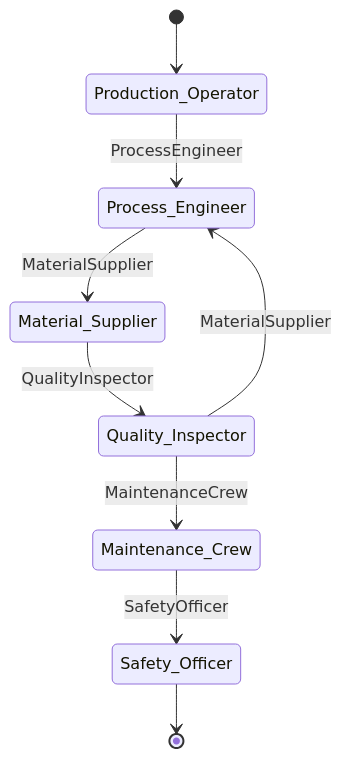
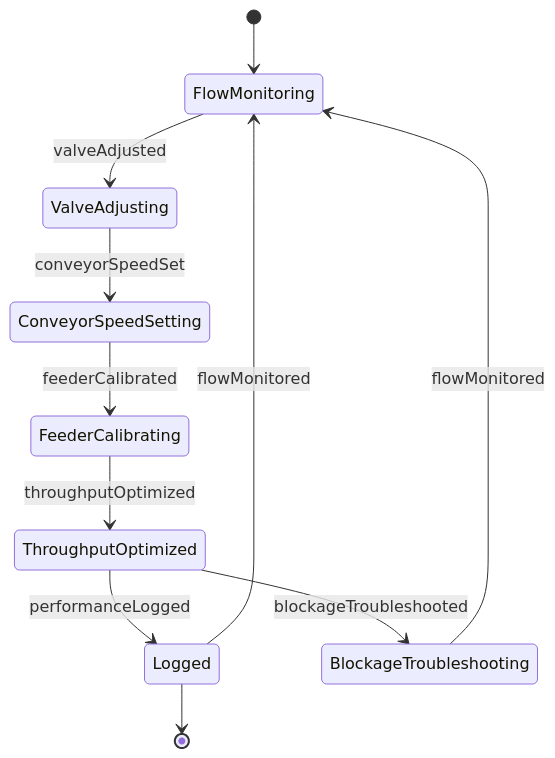
One commit to dot-org-ai/tasks.org.ai changed the second of 4 diagrams in HandlingAndMovingObjects/AdjustEquipmentToEnsureAdequatePerformance/AdjustEquipmentControlsRegulateFlow.mdx. Above: the diagram before and after it, drawn with Mermaid. The commit also changed other lines of this file and 40 other files, not shown here.

First line of the commit message:
fix: Replace Actor-based ER and State diagrams with Entity/Event-based diagrams in 41 HandlingAndMovingObjects DWA files

````diff
--- a/HandlingAndMovingObjects/AdjustEquipmentToEnsureAdequatePerformance/AdjustEquipmentControlsRegulateFlow.mdx
+++ b/HandlingAndMovingObjects/AdjustEquipmentToEnsureAdequatePerformance/AdjustEquipmentControlsRegulateFlow.mdx
@@ -103,11 +101,13 @@
 ```mermaid
 stateDiagram-v2
-    [*] --> Production_Operator
-    Production_Operator --> Process_Engineer: ProcessEngineer
-    Process_Engineer --> Material_Supplier: MaterialSupplier
-    Material_Supplier --> Quality_Inspector: QualityInspector
-    Quality_Inspector --> Maintenance_Crew: MaintenanceCrew
-    Maintenance_Crew --> Safety_Officer: SafetyOfficer
-    Quality_Inspector --> Process_Engineer: MaterialSupplier
-    Safety_Officer --> [*]
+    [*] --> FlowMonitoring
+    FlowMonitoring --> ValveAdjusting : valveAdjusted
+    ValveAdjusting --> ConveyorSpeedSetting : conveyorSpeedSet
+    ConveyorSpeedSetting --> FeederCalibrating : feederCalibrated
+    FeederCalibrating --> ThroughputOptimized : throughputOptimized
+    ThroughputOptimized --> Logged : performanceLogged
+    ThroughputOptimized --> BlockageTroubleshooting : blockageTroubleshooted
+    BlockageTroubleshooting --> FlowMonitoring : flowMonitored
+    Logged --> FlowMonitoring : flowMonitored
+    Logged --> [*]
 ```
````
